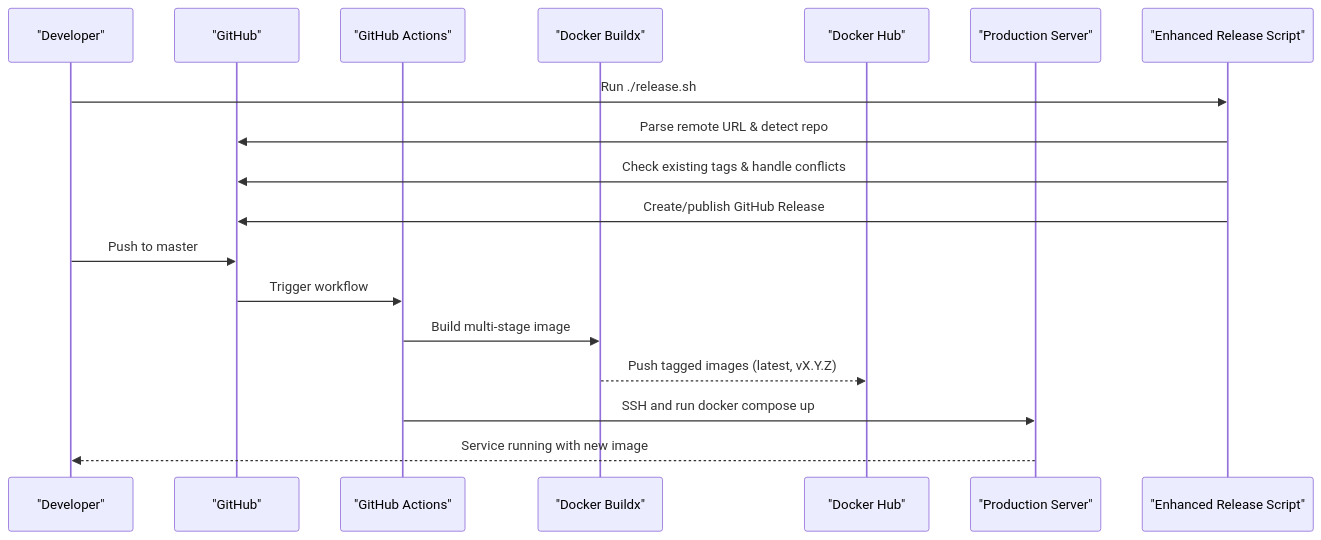
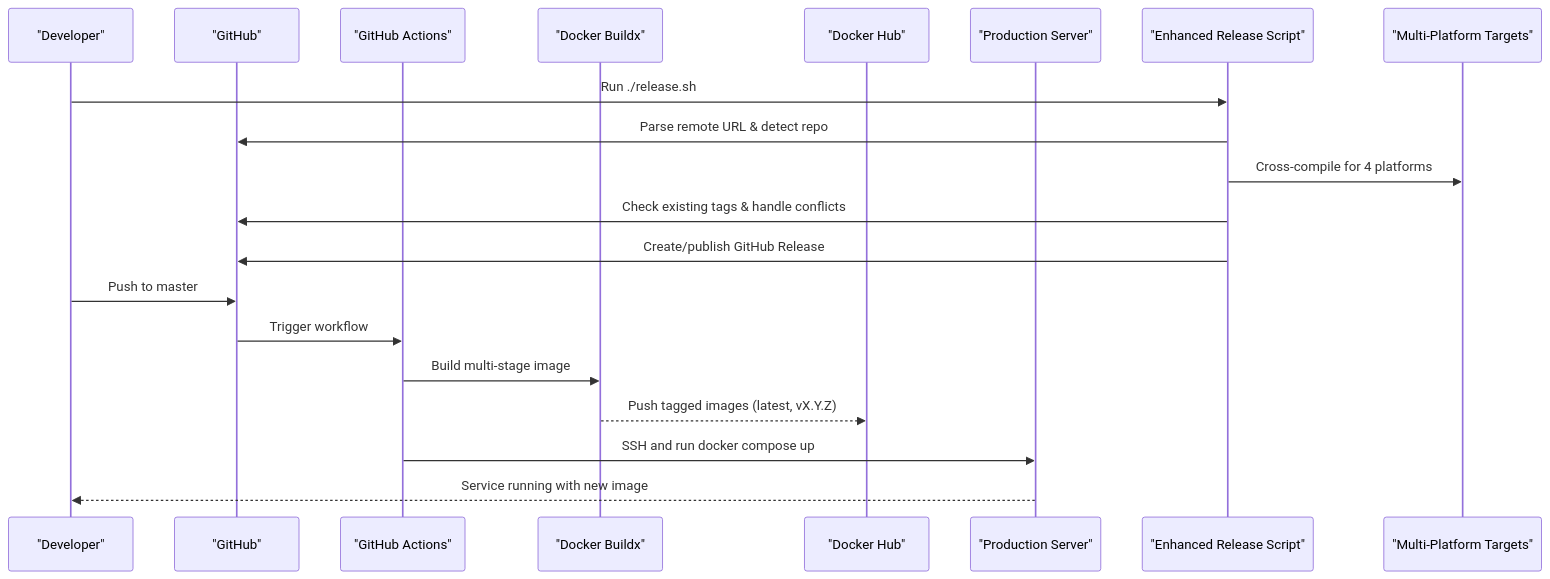
One commit to sutanto1010/crablite changed the second of 9 diagrams in .qoder/repowiki/en/content/Deployment & Operations/Release Process.md. Above: the diagram before and after it, drawn with Mermaid. The commit also changed other lines of this file and 47 other files, not shown here.

````diff
--- a/.qoder/repowiki/en/content/Deployment & Operations/Release Process.md
+++ b/.qoder/repowiki/en/content/Deployment & Operations/Release Process.md
@@ -102,20 +116,22 @@
 ```mermaid
 sequenceDiagram
 participant Dev as "Developer"
 participant GH as "GitHub"
 participant Actions as "GitHub Actions"
 participant Builder as "Docker Buildx"
 participant Reg as "Docker Hub"
 participant Prod as "Production Server"
 participant Local as "Enhanced Release Script"
+participant Targets as "Multi-Platform Targets"
 Dev->>Local : Run ./release.sh
 Local->>GH : Parse remote URL & detect repo
+Local->>Targets : Cross-compile for 4 platforms
 Local->>GH : Check existing tags & handle conflicts
 Local->>GH : Create/publish GitHub Release
 Dev->>GH : Push to master
 GH->>Actions : Trigger workflow
 Actions->>Builder : Build multi-stage image
 Builder-->>Reg : Push tagged images (latest, vX.Y.Z)
 Actions->>Prod : SSH and run docker compose up
 Prod-->>Dev : Service running with new image
 ```
````
